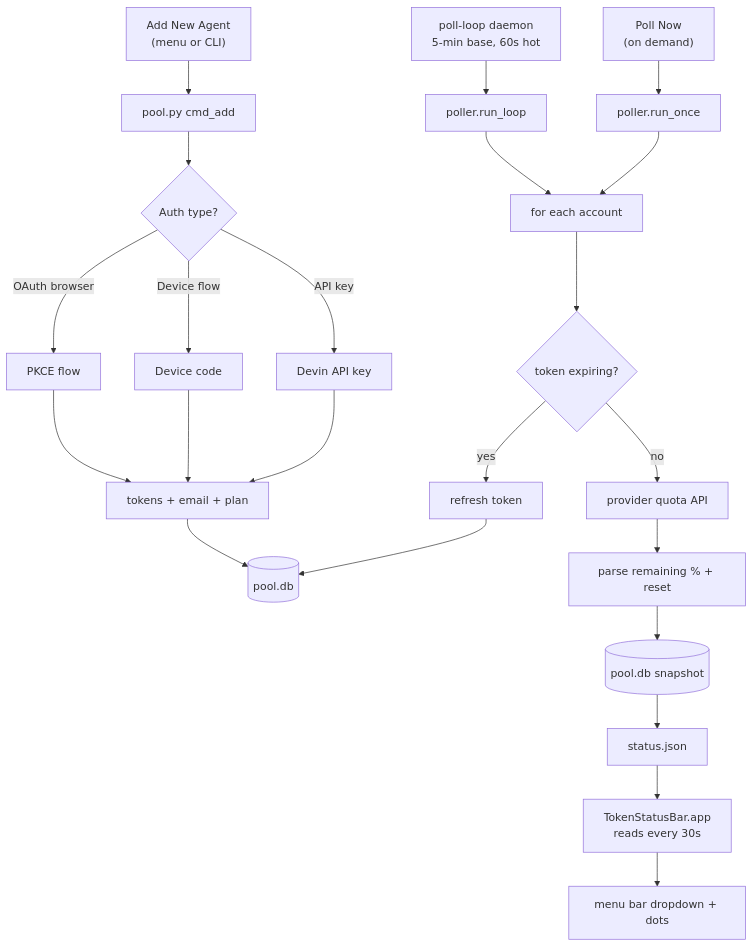
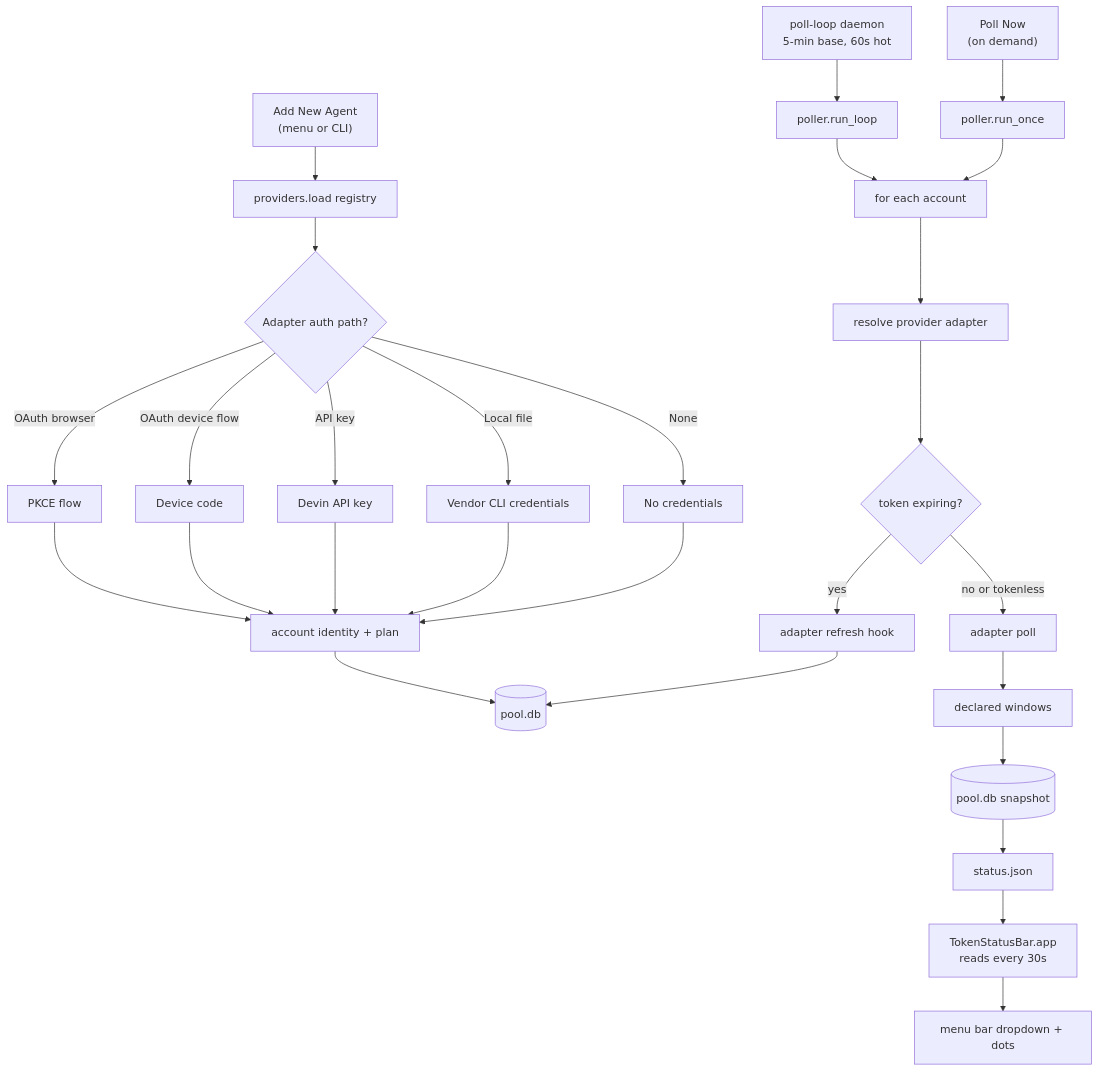
Before and after one commit to adld-ai/tokenalytics: the first of 3 diagrams in README.md, drawn with Mermaid. The commit also changed other lines of this file and 3 other files, not shown here.

````diff
--- a/README.md
+++ b/README.md
@@ -106,26 +109,31 @@
 ```mermaid
 flowchart TD
-    A["Add New Agent<br/>(menu or CLI)"] --> B[pool.py cmd_add]
-    B --> C{Auth type?}
+    A["Add New Agent<br/>(menu or CLI)"] --> B[providers.load registry]
+    B --> C{Adapter auth path?}
     C -->|OAuth browser| D[PKCE flow]
-    C -->|Device flow| E[Device code]
+    C -->|OAuth device flow| E[Device code]
     C -->|API key| F[Devin API key]
-    D --> G[tokens + email + plan]
+    C -->|Local file| V[Vendor CLI credentials]
+    C -->|None| X[No credentials]
+    D --> G[account identity + plan]
     E --> G
     F --> G
+    V --> G
+    X --> G
     G --> H[(pool.db)]
 
     I[poll-loop daemon<br/>5-min base, 60s hot] --> J[poller.run_loop]
     K["Poll Now<br/>(on demand)"] --> L[poller.run_once]
     J --> M[for each account]
     L --> M
-    M --> N{token expiring?}
-    N -->|yes| O[refresh token]
-    O --> H
-    N -->|no| P[provider quota API]
-    P --> Q[parse remaining % + reset]
-    Q --> R[(pool.db snapshot)]
-    R --> S[status.json]
-    S --> T["TokenStatusBar.app<br/>reads every 30s"]
-    T --> U[menu bar dropdown + dots]
+    M --> N[resolve provider adapter]
+    N --> O{token expiring?}
+    O -->|yes| P[adapter refresh hook]
+    P --> H
+    O -->|no or tokenless| Q[adapter poll]
+    Q --> R[declared windows]
+    R --> S[(pool.db snapshot)]
+    S --> T[status.json]
+    T --> U["TokenStatusBar.app<br/>reads every 30s"]
+    U --> W[menu bar dropdown + dots]
 ```
````
